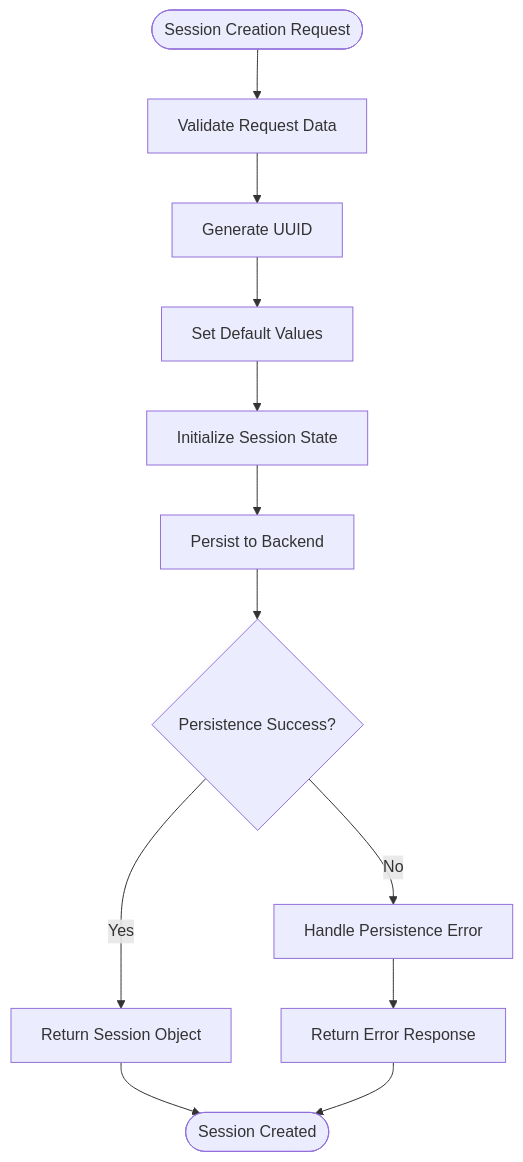
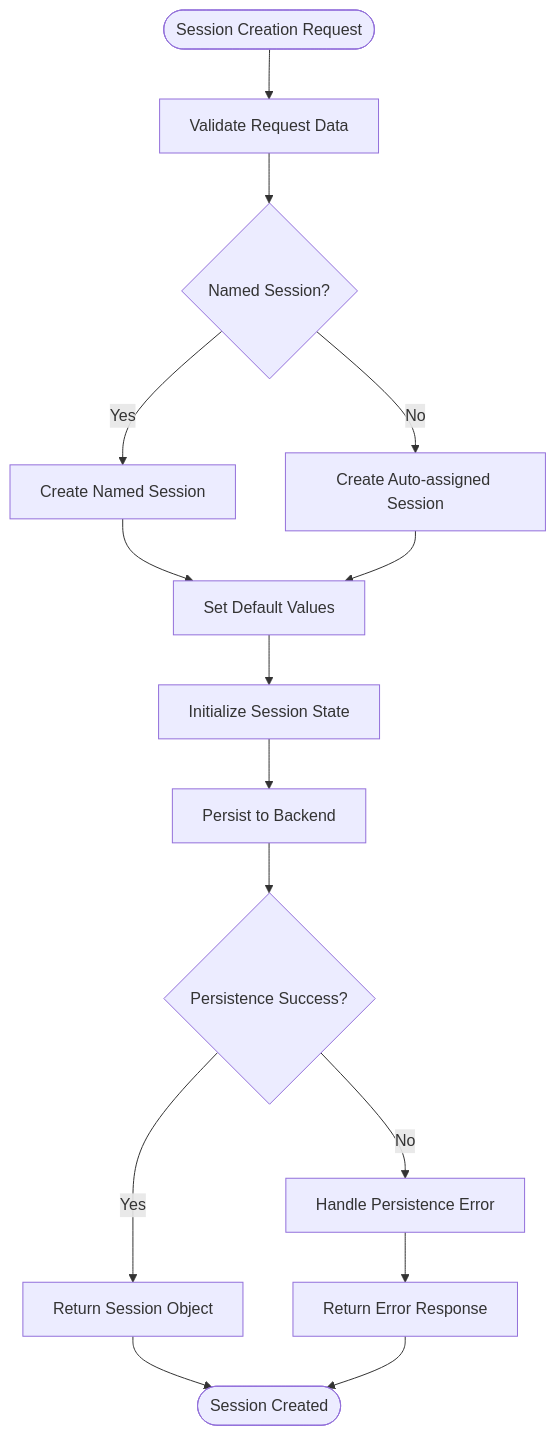
One commit to metasync/luban-aiops changed the seventh of 10 diagrams in .qoder/repowiki/en/content/API Reference/Agent Platform API/Session Management API.md. Above: the diagram before and after it, drawn with Mermaid. The commit also changed other lines of this file and 43 other files, not shown here.

````diff
--- a/.qoder/repowiki/en/content/API Reference/Agent Platform API/Session Management API.md
+++ b/.qoder/repowiki/en/content/API Reference/Agent Platform API/Session Management API.md
@@ -392,14 +408,17 @@
 ```mermaid
 flowchart TD
 Start([Session Creation Request]) --> Validate["Validate Request Data"]
-Validate --> GenerateID["Generate UUID"]
-GenerateID --> SetDefaults["Set Default Values"]
+Validate --> NamedCheck{"Named Session?"}
+NamedCheck --> |Yes| CreateNamed["Create Named Session"]
+NamedCheck --> |No| CreateAuto["Create Auto-assigned Session"]
+CreateNamed --> SetDefaults["Set Default Values"]
+CreateAuto --> SetDefaults
 SetDefaults --> InitState["Initialize Session State"]
 InitState --> Persist["Persist to Backend"]
 Persist --> Success{"Persistence Success?"}
 Success --> |Yes| ReturnSession["Return Session Object"]
 Success --> |No| HandleError["Handle Persistence Error"]
 HandleError --> ReturnError["Return Error Response"]
 ReturnSession --> End([Session Created])
 ReturnError --> End
 ```
````
